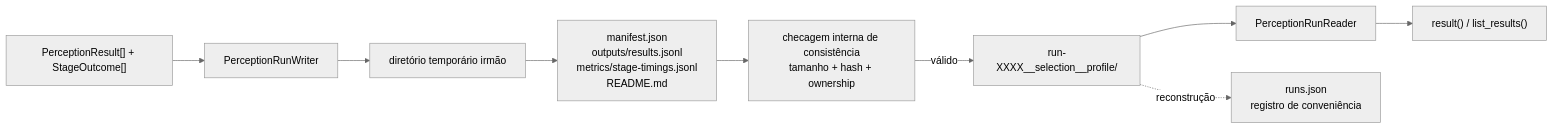
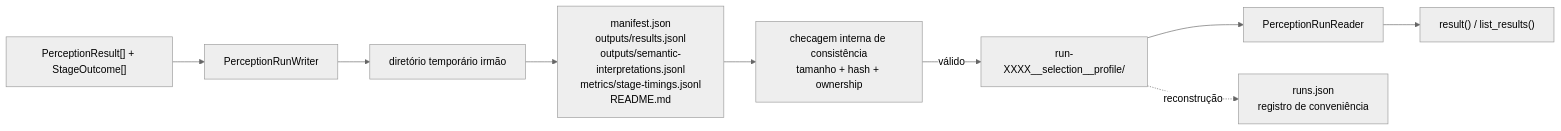
The diagram in src/contextmap/visual_perception/docs/run_artifact.md (Alexandre-Tortoza/contextmap2), drawn with Mermaid (neutral theme) before and after one commit. The commit also changed other lines of this file and 12 other files, not shown here.

````diff
--- a/src/contextmap/visual_perception/docs/run_artifact.md
+++ b/src/contextmap/visual_perception/docs/run_artifact.md
@@ -32,11 +35,11 @@
 ```mermaid
 flowchart LR
     INPUT["PerceptionResult[] + StageOutcome[]"] --> WRITER["PerceptionRunWriter"]
     WRITER --> TMP["diretório temporário irmão"]
-    TMP --> FILES["manifest.json<br/>outputs/results.jsonl<br/>metrics/stage-timings.jsonl<br/>README.md"]
+    TMP --> FILES["manifest.json<br/>outputs/results.jsonl<br/>outputs/semantic-interpretations.jsonl<br/>metrics/stage-timings.jsonl<br/>README.md"]
     FILES --> CHECK["checagem interna de consistência<br/>tamanho + hash + ownership"]
     CHECK -->|válido| FINAL["run-XXXX__selection__profile/"]
     FINAL --> READER["PerceptionRunReader"]
     FINAL -. reconstrução .-> REG["runs.json<br/>registro de conveniência"]
     READER --> RESULT["result() / list_results()"]
 ```
````
